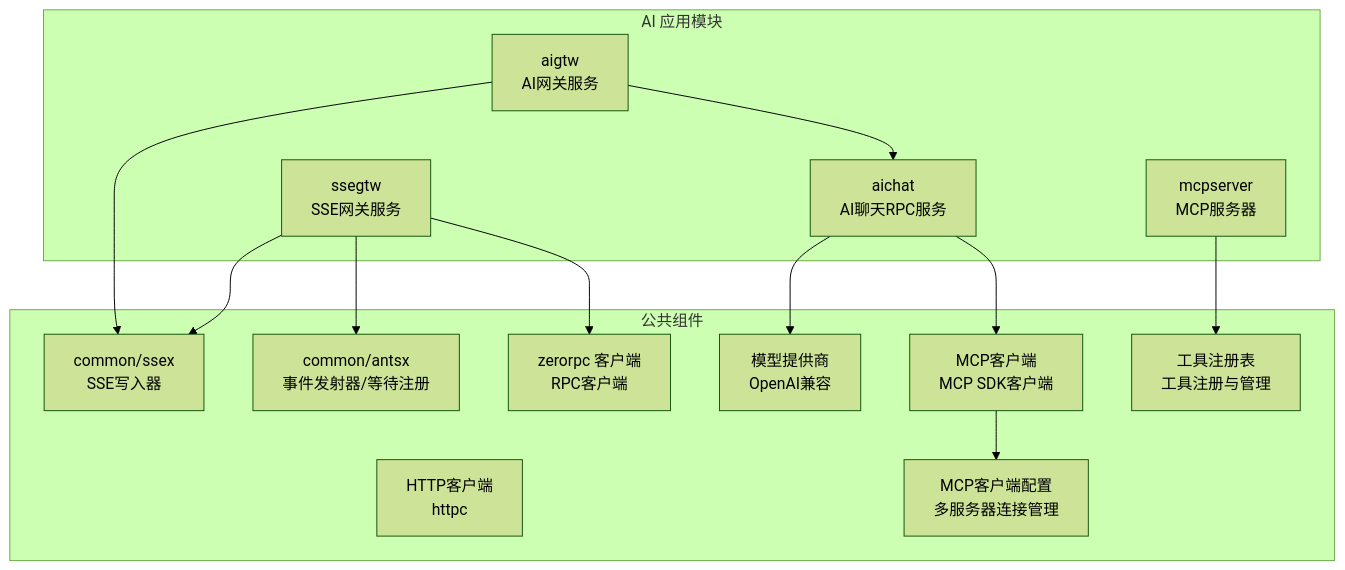
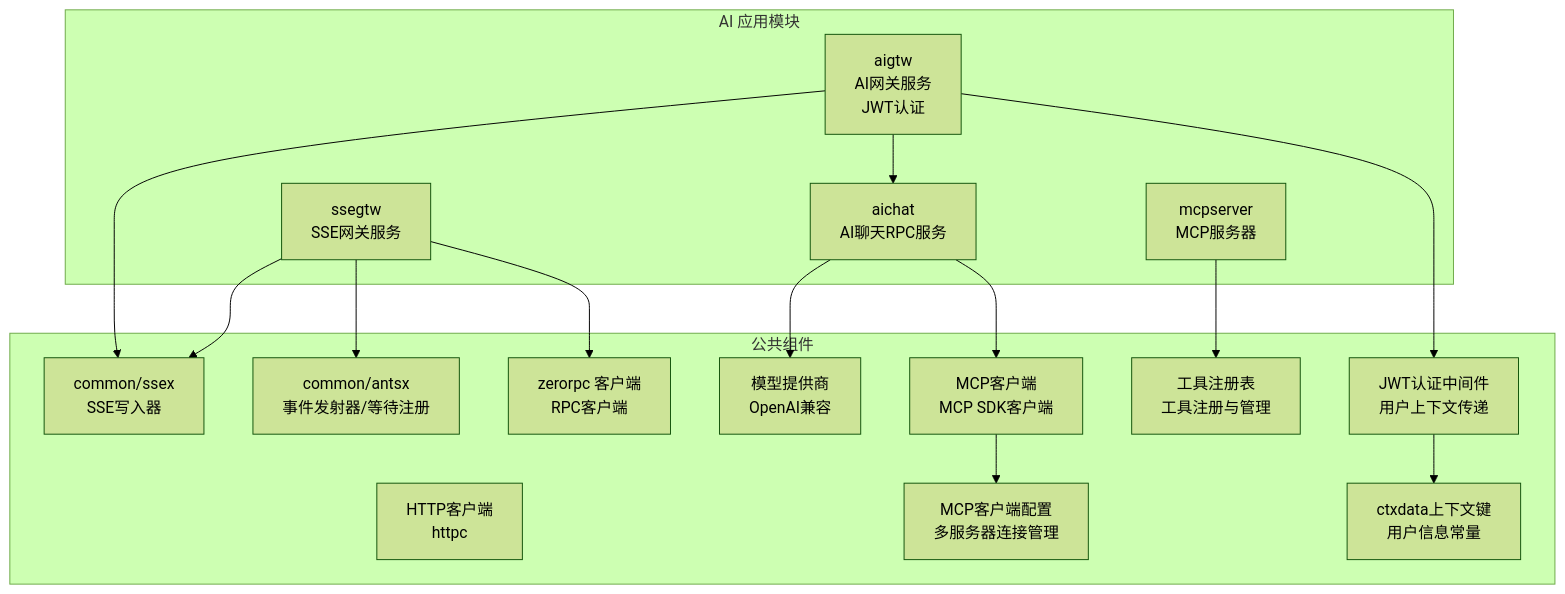
The first of 8 diagrams in .qoder/repowiki/zh/content/AI应用模块/AI应用模块.md (maomao94/zero-service), drawn with Mermaid (forest theme) before and after one commit. The commit also changed other lines of this file and 29 other files, not shown here.

````diff
--- a/.qoder/repowiki/zh/content/AI应用模块/AI应用模块.md
+++ b/.qoder/repowiki/zh/content/AI应用模块/AI应用模块.md
@@ -82,28 +87,32 @@
 ```mermaid
 graph TB
 subgraph "AI 应用模块"
 A["ssegtw<br/>SSE网关服务"]
 B["mcpserver<br/>MCP服务器"]
 C["aichat<br/>AI聊天RPC服务"]
-D["aigtw<br/>AI网关服务"]
+D["aigtw<br/>AI网关服务<br/>JWT认证"]
 end
 subgraph "公共组件"
 E["common/ssex<br/>SSE写入器"]
 F["common/antsx<br/>事件发射器/等待注册"]
 G["zerorpc 客户端<br/>RPC客户端"]
 H["HTTP客户端<br/>httpc"]
 I["模型提供商<br/>OpenAI兼容"]
 J["MCP客户端<br/>MCP SDK客户端"]
 K["工具注册表<br/>工具注册与管理"]
 L["MCP客户端配置<br/>多服务器连接管理"]
+M["JWT认证中间件<br/>用户上下文传递"]
+N["ctxdata上下文键<br/>用户信息常量"]
 end
 A --> E
 A --> F
 A --> G
 B --> K
 C --> I
 C --> J
 D --> C
 D --> E
+D --> M
 J --> L
+M --> N
 ```
````
